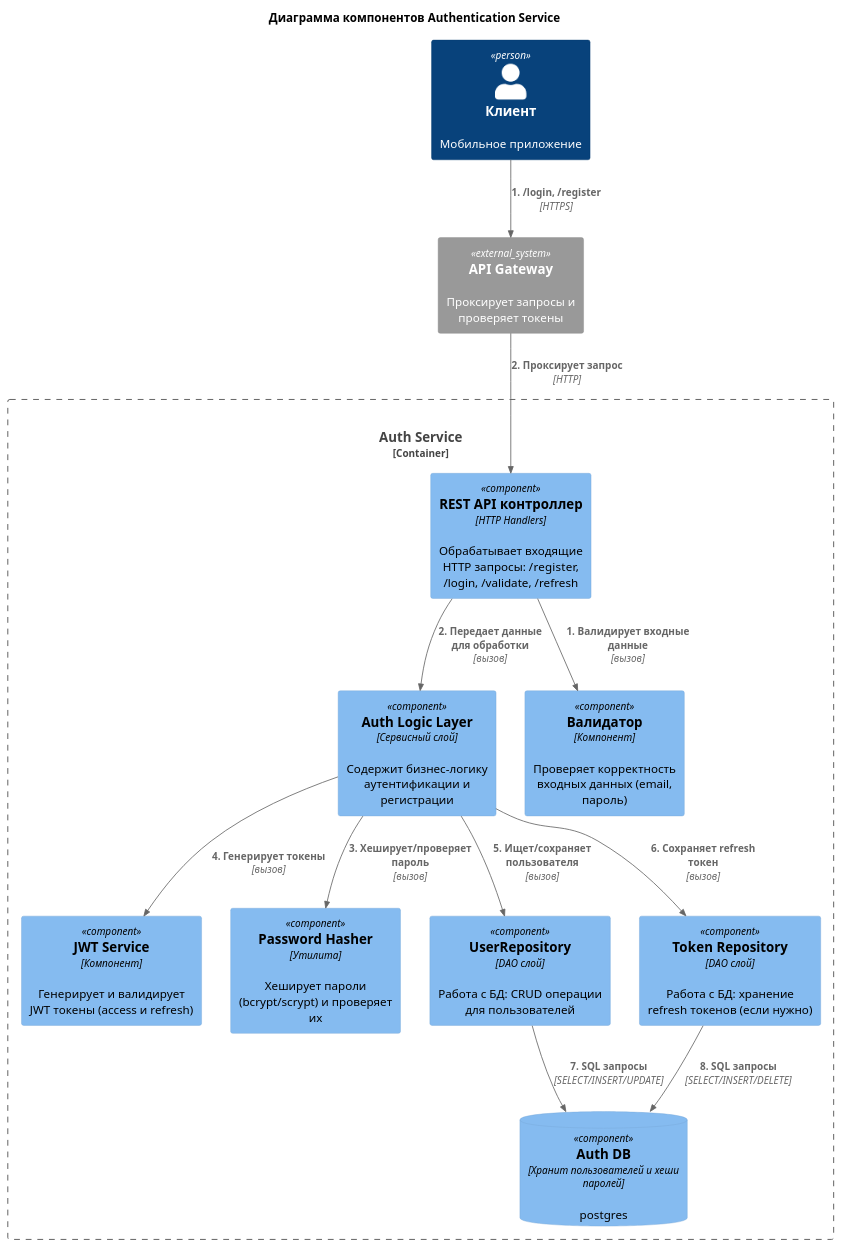
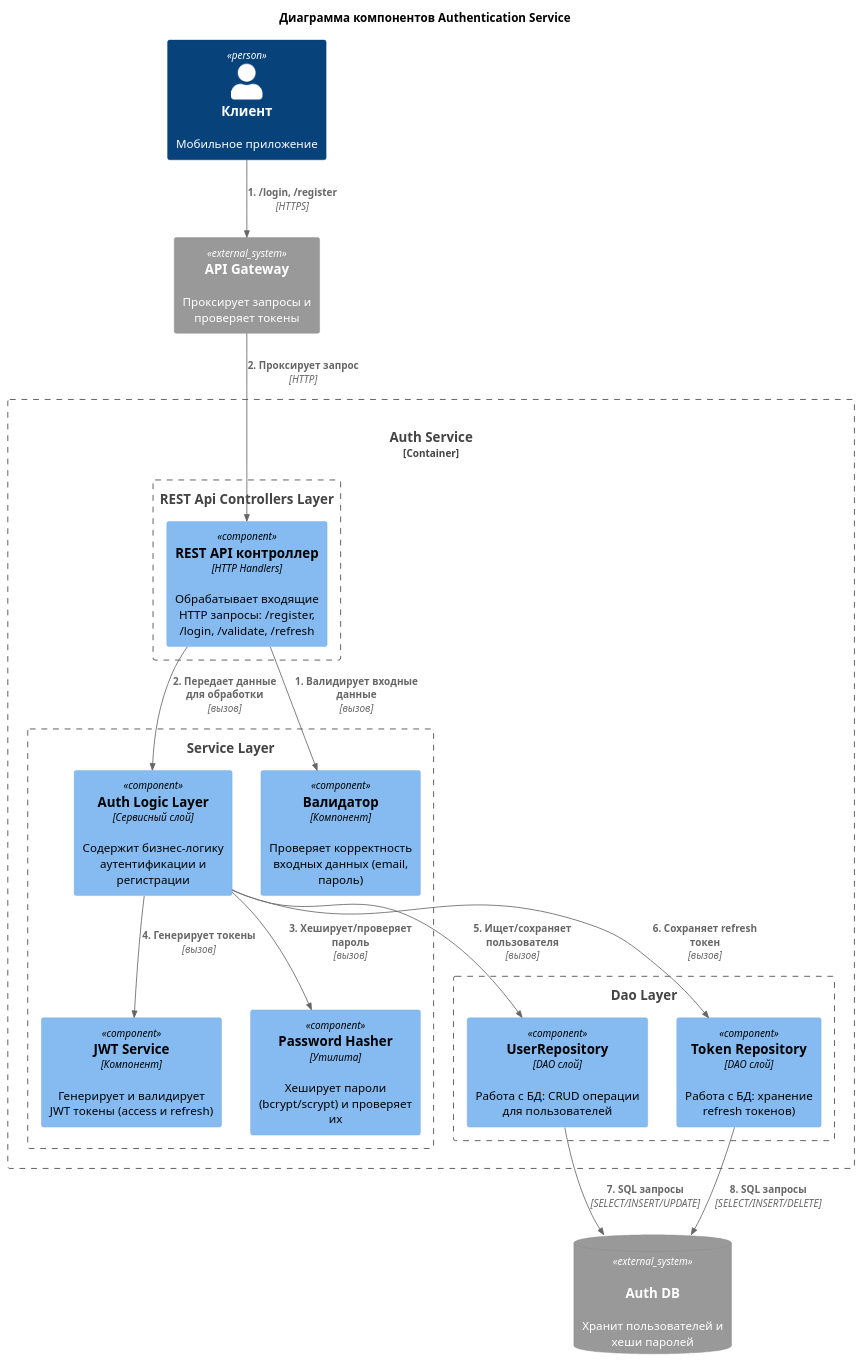
Before and after one commit to afakhrieva/architecture-pro-warmhouse: the diagram in diagrams/component/auth_service.puml, drawn with PlantUML. The commit also changed 11 other files, not shown here.

Commit message:
Фикс диаграмм. Добавлена диаграмма кода для Telemetry Service

```diff
--- a/diagrams/component/auth_service.puml
+++ b/diagrams/component/auth_service.puml
@@ -1,49 +1,50 @@
 @startuml
 
 title Диаграмма компонентов Authentication Service
 
 top to bottom direction
 
 !include <C4/C4_Component>
 !include <C4/C4_Context>
 !include <C4/C4_Container>
 
 Person(client, "Клиент", "Мобильное приложение")
 
 System_Ext(ApiGateway, "API Gateway", "Проксирует запросы и проверяет токены")
+SystemDb_Ext(AuthDB, "Auth DB", "Хранит пользователей и хеши паролей", "postgres")
 
 Container_Boundary(auth_service, "Auth Service") {
 
-    Component(RestApi, "REST API контроллер", "HTTP Handlers", "Обрабатывает входящие HTTP запросы: /register, /login, /validate, /refresh")
+    Boundary(api, "REST Api Controllers Layer"){
+        Component(RestApi, "REST API контроллер", "HTTP Handlers", "Обрабатывает входящие HTTP запросы: /register, /login, /validate, /refresh")
+    }
 
-    Component(AuthLogic, "Auth Logic Layer", "Сервисный слой", "Содержит бизнес-логику аутентификации и регистрации")
+    Boundary(Service, "Service Layer") {
+        Component(AuthLogic, "Auth Logic Layer", "Сервисный слой", "Содержит бизнес-логику аутентификации и регистрации")
+        Component(JWTService, "JWT Service", "Компонент", "Генерирует и валидирует JWT токены (access и refresh)")
+        Component(PasswordHasher, "Password Hasher", "Утилита", "Хеширует пароли (bcrypt/scrypt) и проверяет их")
+            Component(Validator, "Валидатор", "Компонент", "Проверяет корректность входных данных (email, пароль)")
+    }
 
-    Component(JWTService, "JWT Service", "Компонент", "Генерирует и валидирует JWT токены (access и refresh)")
-
-    Component(PasswordHasher, "Password Hasher", "Утилита", "Хеширует пароли (bcrypt/scrypt) и проверяет их")
-
-    Component(UserRepository, "UserRepository", "DAO слой", "Работа с БД: CRUD операции для пользователей")
-
-    Component(TokenRepository, "Token Repository", "DAO слой", "Работа с БД: хранение refresh токенов (если нужно)")
-
-    Component(Validator, "Валидатор", "Компонент", "Проверяет корректность входных данных (email, пароль)")
-
-    ComponentDb(AuthDB, "Auth DB", "Хранит пользователей и хеши паролей", "postgres")
+    Boundary(Dao, "Dao Layer") {
+        Component(UserRepository, "UserRepository", "DAO слой", "Работа с БД: CRUD операции для пользователей")
+        Component(TokenRepository, "Token Repository", "DAO слой", "Работа с БД: хранение refresh токенов)")
+    }
 
     Rel(RestApi, Validator, "1. Валидирует входные данные", "вызов")
     Rel(RestApi, AuthLogic, "2. Передает данные для обработки", "вызов")
 
     Rel(AuthLogic, PasswordHasher, "3. Хеширует/проверяет пароль", "вызов")
     Rel(AuthLogic, JWTService, "4. Генерирует токены", "вызов")
     Rel(AuthLogic, UserRepository, "5. Ищет/сохраняет пользователя", "вызов")
     Rel(AuthLogic, TokenRepository, "6. Сохраняет refresh токен", "вызов")
 
     Rel(UserRepository, AuthDB, "7. SQL запросы", "SELECT/INSERT/UPDATE")
     Rel(TokenRepository, AuthDB, "8. SQL запросы", "SELECT/INSERT/DELETE")
 }
 
 ' Связи с внешним миром
 Rel(client, ApiGateway, "1. /login, /register", "HTTPS")
 Rel(ApiGateway, RestApi, "2. Проксирует запрос", "HTTP")
 
 @enduml
```
